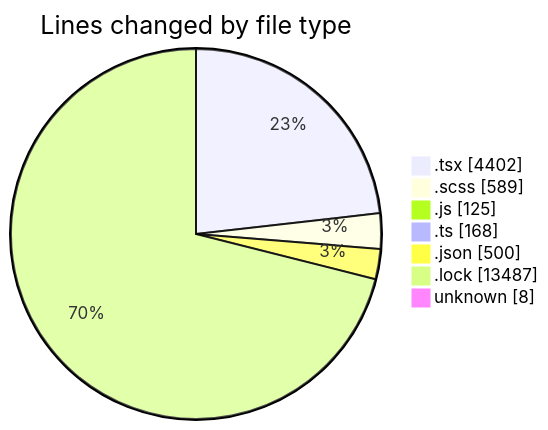
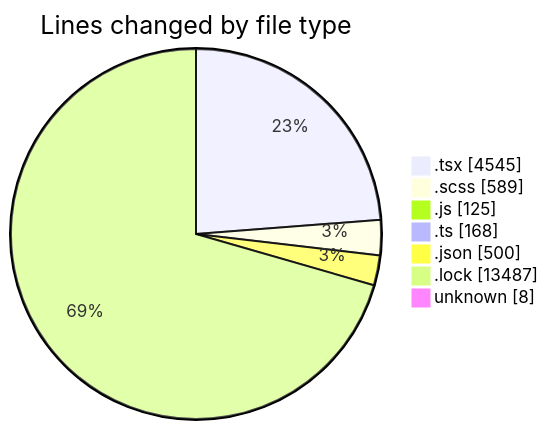
The first of 2 diagrams in 2026-04-24/cda/README.md (momahboobian/code-tracking), drawn with Mermaid before and after one commit. The commit also changed other lines of this file and 1 other file, not shown here.

````diff
--- a/2026-04-24/cda/README.md
+++ b/2026-04-24/cda/README.md
@@ -49,11 +49,11 @@
 ```mermaid
 pie showData
 title Lines changed by file type
-".tsx" : 4402
+".tsx" : 4545
 ".scss" : 589
 ".js" : 125
 ".ts" : 168
 ".json" : 500
 ".lock" : 13487
 "unknown" : 8
 ```
````
